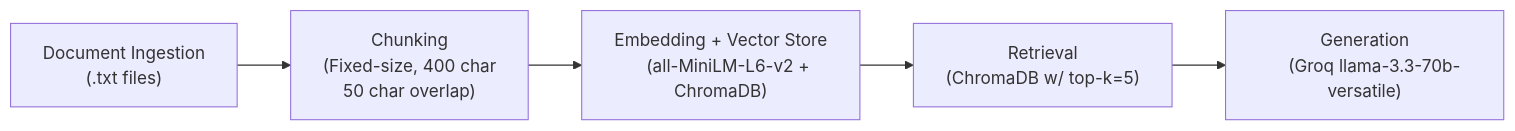
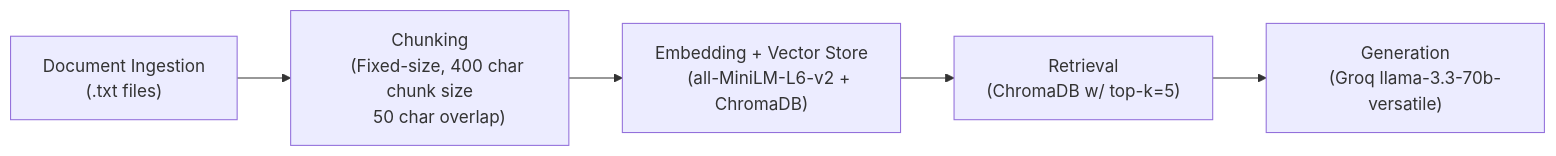
One commit to kacp3rrr/ai201-project1-unofficial-guide-starter changed the diagram in planning.md. Above: the diagram before and after it, drawn with Mermaid. The commit also changed other lines of this file and 4 other files, not shown here.

````diff
--- a/planning.md
+++ b/planning.md
@@ -96,13 +96,13 @@
 ```mermaid
 flowchart LR
     A["Document Ingestion
     (.txt files)"] --> B["Chunking
-    (Fixed-size, 400 char
+    (Fixed-size, 400 char chunk size
     50 char overlap)"]
     B --> C["Embedding + Vector Store
     (all-MiniLM-L6-v2 + ChromaDB)"]
     C --> D["Retrieval
     (ChromaDB w/ top-k=5)"]
     D --> E["Generation
     (Groq llama-3.3-70b-versatile)"]
 ```
````
